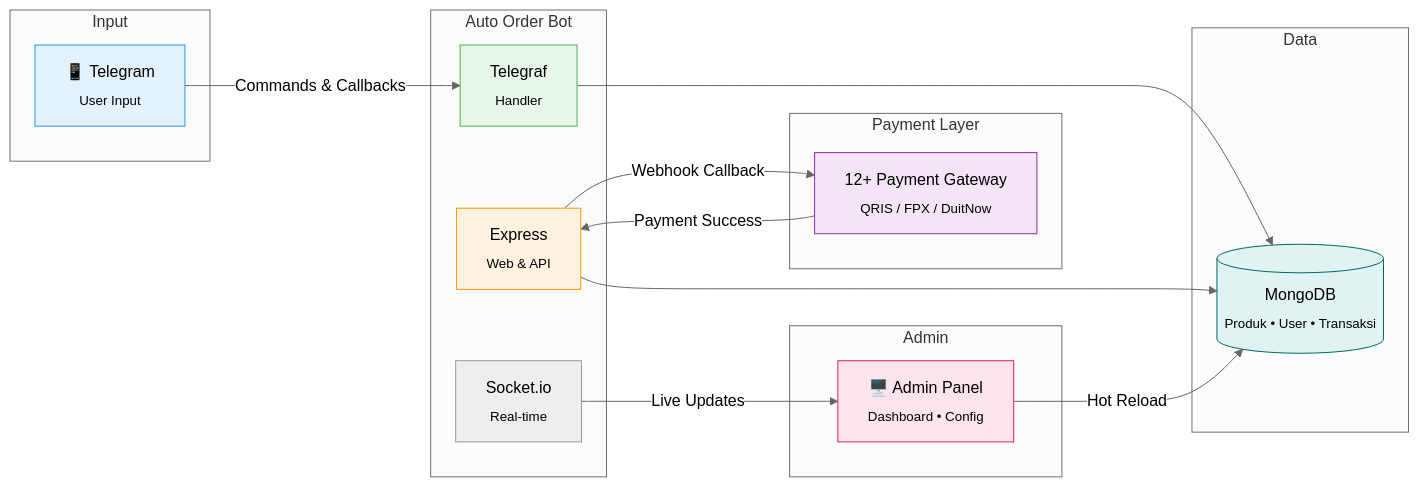
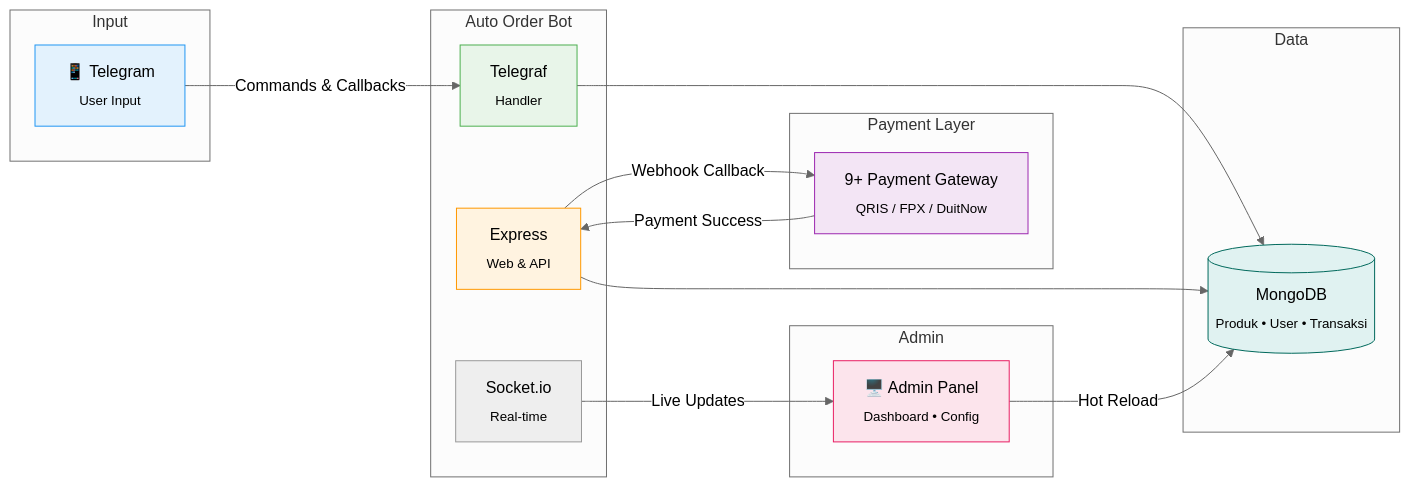
The first of 2 diagrams in README.md (jundy779/Auto_Order_BOT), drawn with Mermaid (neutral theme) before and after one commit. The commit also changed other lines of this file, not shown here.

````diff
--- a/README.md
+++ b/README.md
@@ -54,39 +48,39 @@
 ```mermaid
 graph LR
     subgraph Input
         TG[📱 Telegram<br/><sub>User Input</sub>]
     end
     
     subgraph Bot[Auto Order Bot]
         TE[Telegraf<br/><sub>Handler</sub>]
         EX[Express<br/><sub>Web & API</sub>]
         SO[Socket.io<br/><sub>Real-time</sub>]
     end
     
     subgraph Payment[Payment Layer]
-        PG[12+ Payment Gateway<br/><sub>QRIS / FPX / DuitNow</sub>]
+        PG[9+ Payment Gateway<br/><sub>QRIS / FPX / DuitNow</sub>]
     end
     
     subgraph Data
         DB[(MongoDB<br/><sub>Produk • User • Transaksi</sub>)]
     end
     
     subgraph Admin
         AP[🖥️ Admin Panel<br/><sub>Dashboard • Config</sub>]
     end
     
     TG -->|Commands & Callbacks| TE
     TE --> DB
     EX -->|Webhook Callback| PG
     PG -->|Payment Success| EX
     EX --> DB
     AP -->|Hot Reload| DB
     SO -->|Live Updates| AP
     
     style TG fill:#e3f2fd,stroke:#2196f3
     style TE fill:#e8f5e9,stroke:#4caf50
     style EX fill:#fff3e0,stroke:#ff9800
     style PG fill:#f3e5f5,stroke:#9c27b0
     style DB fill:#e0f2f1,stroke:#00695c
     style AP fill:#fce4ec,stroke:#e91e63
 ```
````
